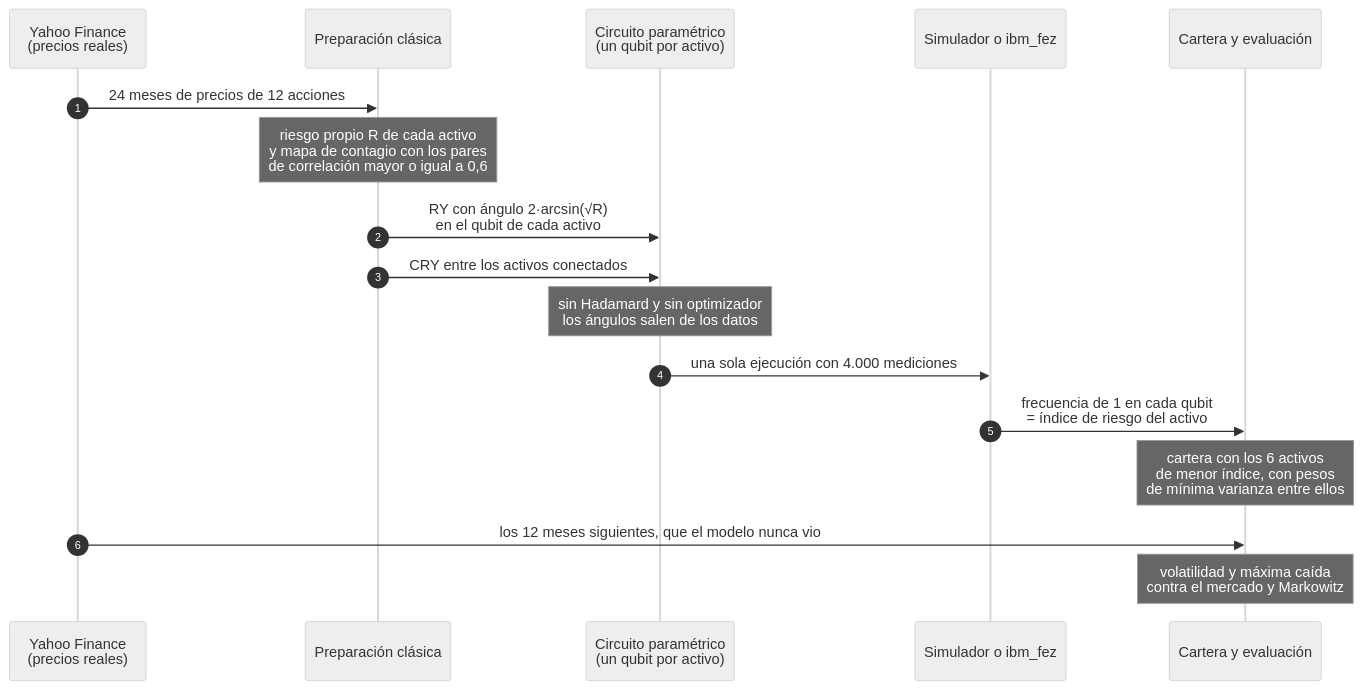
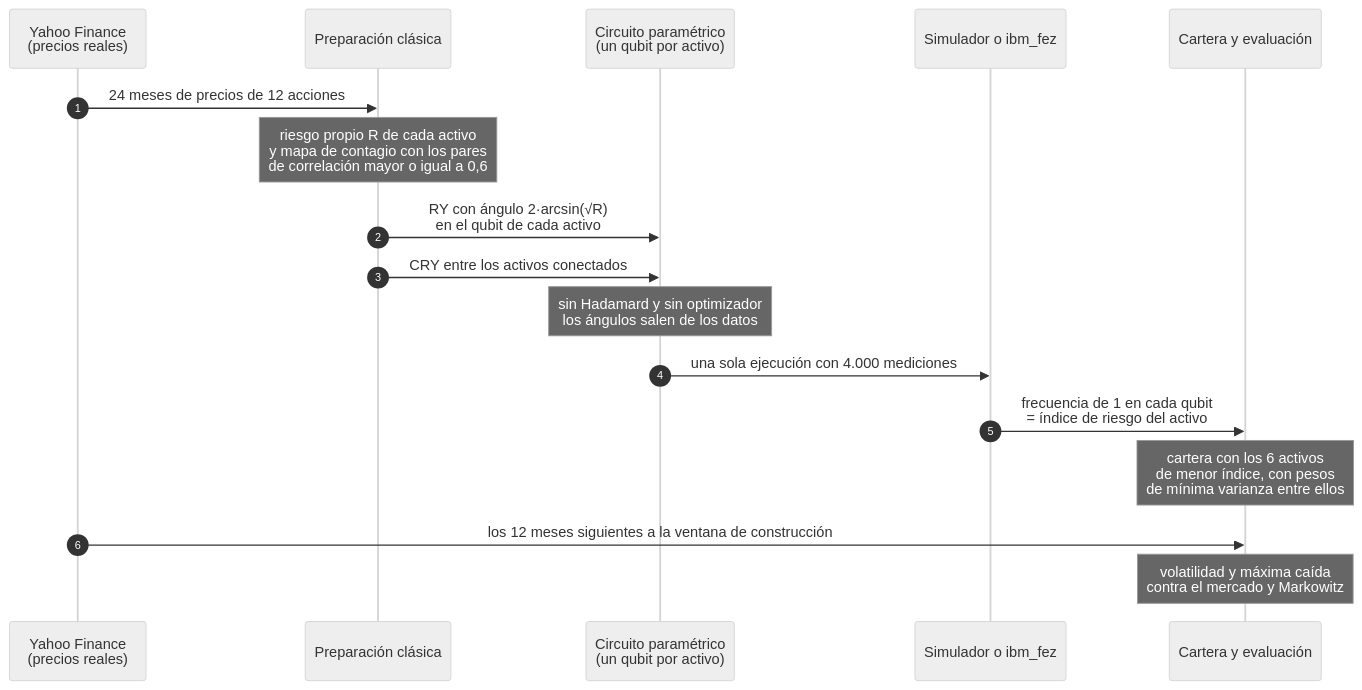
Before and after one commit to 314-ia/quantum-portfolio-risk: the diagram in README.md, drawn with Mermaid (neutral theme). The commit also changed other lines of this file and 7 other files, not shown here.

````diff
--- a/README.md
+++ b/README.md
@@ -30,20 +30,20 @@
 ```mermaid
 sequenceDiagram
     autonumber
     participant Y as Yahoo Finance<br/>(precios reales)
     participant C as Preparación clásica
     participant Q as Circuito paramétrico<br/>(un qubit por activo)
     participant B as Simulador o ibm_fez
     participant E as Cartera y evaluación
 
     Y->>C: 24 meses de precios de 12 acciones
     Note over C: riesgo propio R de cada activo<br/>y mapa de contagio con los pares<br/>de correlación mayor o igual a 0,6
     C->>Q: RY con ángulo 2·arcsin(√R)<br/>en el qubit de cada activo
     C->>Q: CRY entre los activos conectados
     Note over Q: sin Hadamard y sin optimizador<br/>los ángulos salen de los datos
     Q->>B: una sola ejecución con 4.000 mediciones
     B->>E: frecuencia de 1 en cada qubit<br/>= índice de riesgo del activo
     Note over E: cartera con los 6 activos<br/>de menor índice, con pesos<br/>de mínima varianza entre ellos
-    Y->>E: los 12 meses siguientes, que el modelo nunca vio
+    Y->>E: los 12 meses siguientes a la ventana de construcción
     Note over E: volatilidad y máxima caída<br/>contra el mercado y Markowitz
 ```
````
